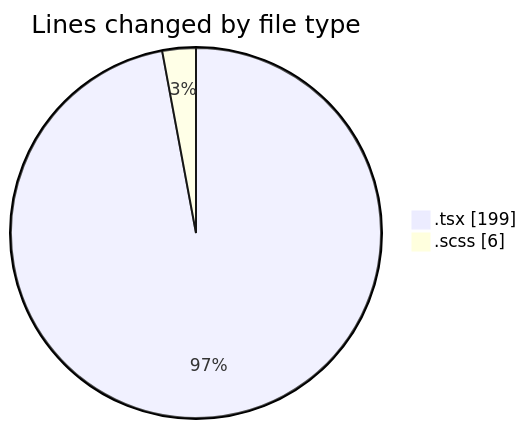
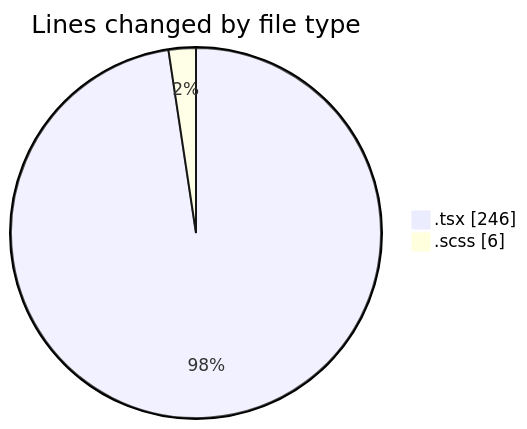
The first of 2 diagrams in 2026-04-10/cda/README.md (momahboobian/code-tracking), drawn with Mermaid before and after one commit. The commit also changed other lines of this file and 1 other file, not shown here.

````diff
--- a/2026-04-10/cda/README.md
+++ b/2026-04-10/cda/README.md
@@ -21,6 +22,6 @@
 ```mermaid
 pie showData
 title Lines changed by file type
-".tsx" : 199
+".tsx" : 246
 ".scss" : 6
 ```
````
